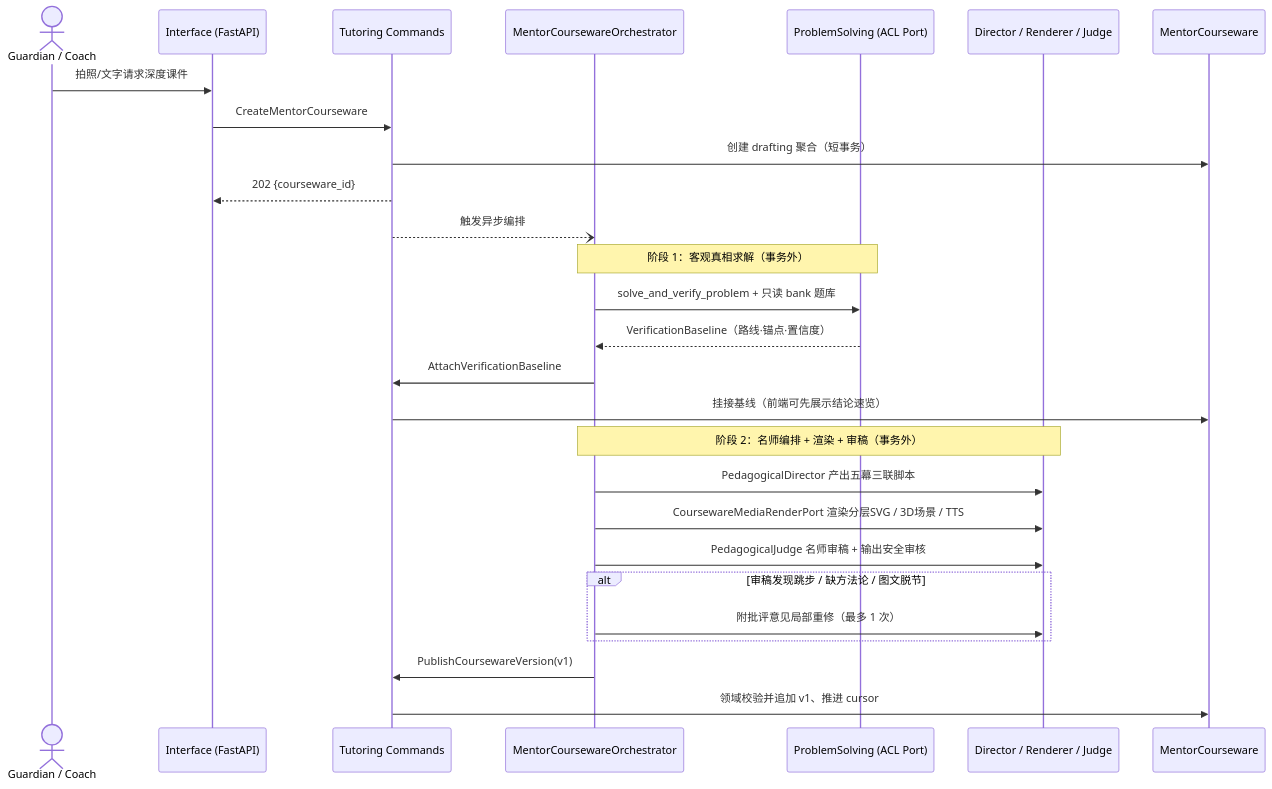
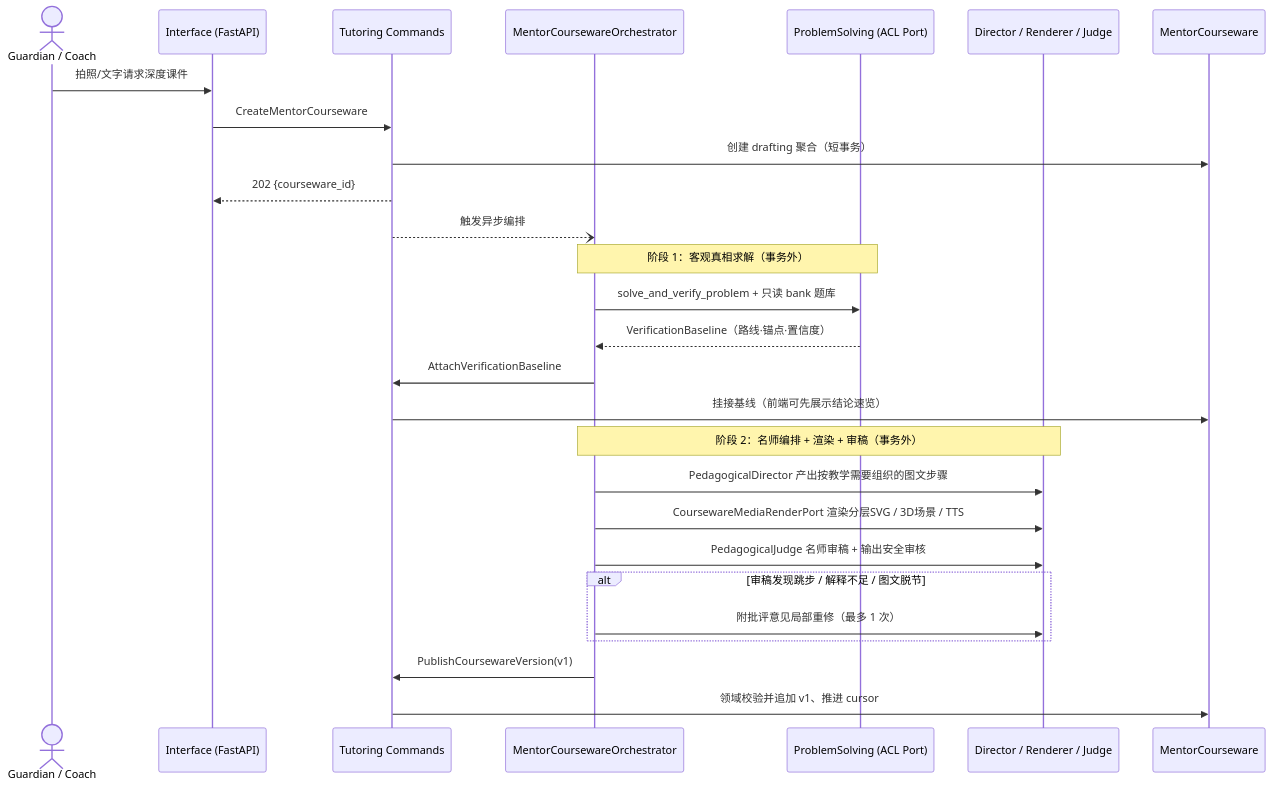
Before and after one commit to johanchow/duxue: the fourth of 4 diagrams in docs/technical/topic-mentor-courseware.md, drawn with Mermaid. The commit also changed other lines of this file and 4 other files, not shown here.

````diff
--- a/docs/technical/topic-mentor-courseware.md
+++ b/docs/technical/topic-mentor-courseware.md
@@ -236,32 +246,32 @@
 ```mermaid
 sequenceDiagram
     actor G as Guardian / Coach
     participant IF as Interface (FastAPI)
     participant CMD as Tutoring Commands
     participant PM as MentorCoursewareOrchestrator
     participant PS as ProblemSolving (ACL Port)
     participant AI as Director / Renderer / Judge
     participant AGG as MentorCourseware
 
     G->>IF: 拍照/文字请求深度课件
     IF->>CMD: CreateMentorCourseware
     CMD->>AGG: 创建 drafting 聚合（短事务）
     CMD-->>IF: 202 {courseware_id}
     CMD--)PM: 触发异步编排
 
     Note over PM,PS: 阶段 1：客观真相求解（事务外）
     PM->>PS: solve_and_verify_problem + 只读 bank 题库
     PS-->>PM: VerificationBaseline（路线·锚点·置信度）
     PM->>CMD: AttachVerificationBaseline
     CMD->>AGG: 挂接基线（前端可先展示结论速览）
 
     Note over PM,AI: 阶段 2：名师编排 + 渲染 + 审稿（事务外）
-    PM->>AI: PedagogicalDirector 产出五幕三联脚本
+    PM->>AI: PedagogicalDirector 产出按教学需要组织的图文步骤
     PM->>AI: CoursewareMediaRenderPort 渲染分层SVG / 3D场景 / TTS
     PM->>AI: PedagogicalJudge 名师审稿 + 输出安全审核
-    alt 审稿发现跳步 / 缺方法论 / 图文脱节
+    alt 审稿发现跳步 / 解释不足 / 图文脱节
         PM->>AI: 附批评意见局部重修（最多 1 次）
     end
     PM->>CMD: PublishCoursewareVersion(v1)
     CMD->>AGG: 领域校验并追加 v1、推进 cursor
 ```
````
